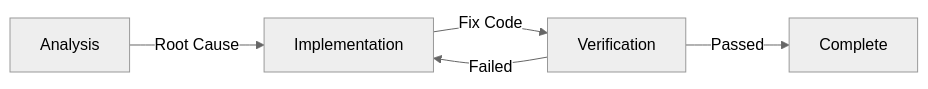
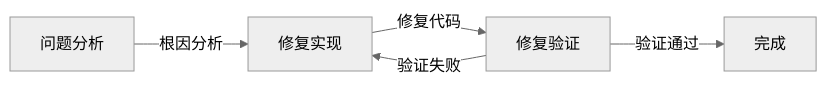
Before and after one commit to c1767673917/spec-to-code: the second of 2 diagrams in README.md, drawn with Mermaid (neutral theme). The commit also changed other lines of this file and 1 other file, not shown here.

````diff
--- a/README.md
+++ b/README.md
@@ -108,7 +108,7 @@
 ```mermaid
 graph LR
-    Bugfix[Analysis] -->|Root Cause| Fix[Implementation]
-    Fix -->|Fix Code| Verify[Verification]
-    Verify -->|Passed| Done[Complete]
-    Verify -->|Failed| Fix
+    Bugfix[问题分析] -->|根因分析| Fix[修复实现]
+    Fix -->|修复代码| Verify[修复验证]
+    Verify -->|验证通过| Done[完成]
+    Verify -->|验证失败| Fix
 ```
````
